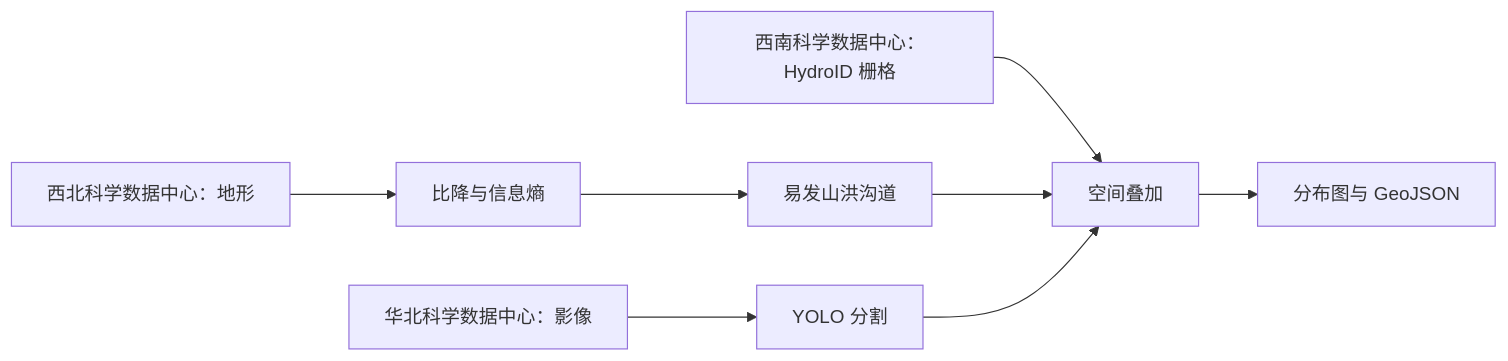
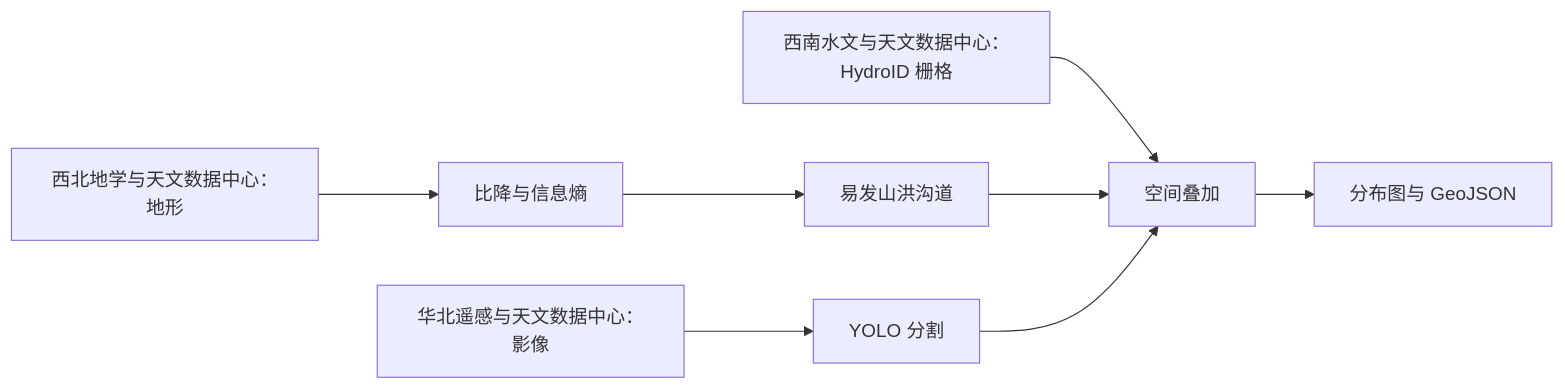
One commit to rdcn-link/conet changed the first of 2 diagrams in docs/cases_zh.md. Above: the diagram before and after it, drawn with Mermaid. The commit also changed other lines of this file and 9 other files, not shown here.

````diff
--- a/docs/cases_zh.md
+++ b/docs/cases_zh.md
@@ -15,10 +15,10 @@
 ```mermaid
 flowchart LR
-    A[西北科学数据中心：地形] --> S[比降与信息熵]
+    A[西北地学与天文数据中心：地形] --> S[比降与信息熵]
     S --> H[易发山洪沟道]
-    B[华北科学数据中心：影像] --> Y[YOLO 分割]
-    C[西南科学数据中心：HydroID 栅格] --> O[空间叠加]
+    B[华北遥感与天文数据中心：影像] --> Y[YOLO 分割]
+    C[西南水文与天文数据中心：HydroID 栅格] --> O[空间叠加]
     H --> O
     Y --> O
     O --> M[分布图与 GeoJSON]
 ```
````
